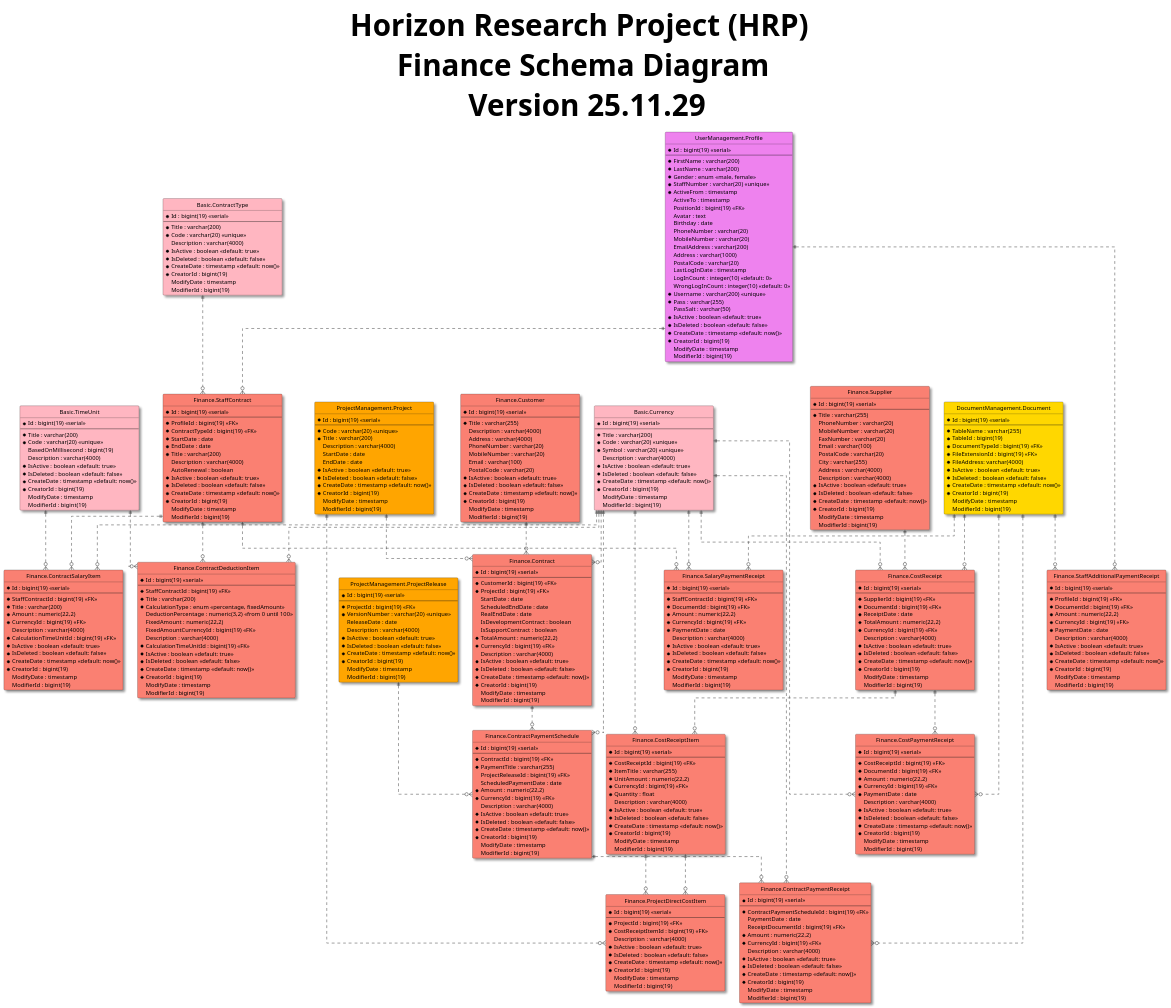
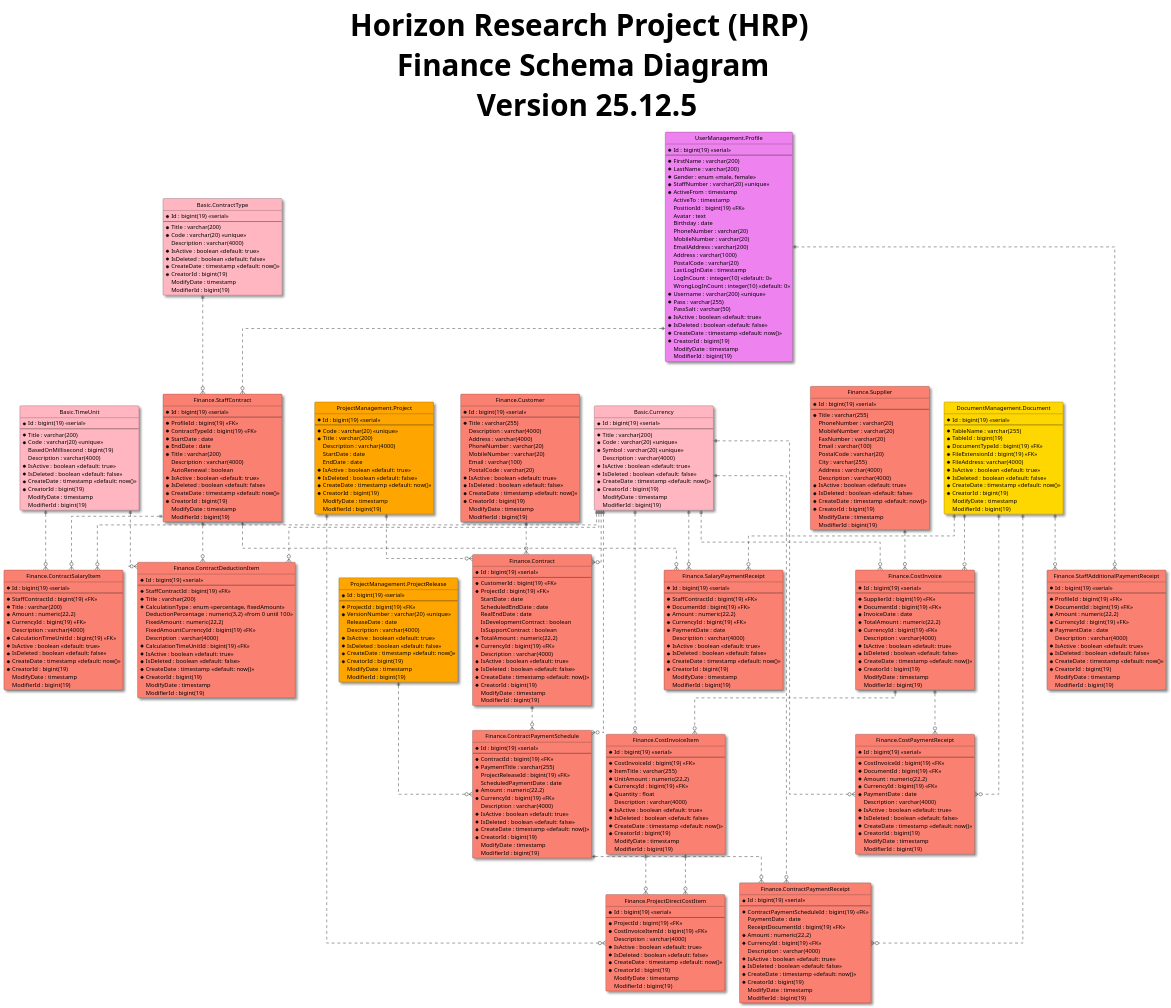
The diagram in 3-HorizonModeling/3.1-HorizonUml/ERD/Schemas/FinanceSchemaDiagram.puml (shadowfox1984/Horizon), drawn with PlantUML before and after one commit. The commit also changed 17 other files, not shown here.

```diff
--- a/3-HorizonModeling/3.1-HorizonUml/ERD/Schemas/FinanceSchemaDiagram.puml
+++ b/3-HorizonModeling/3.1-HorizonUml/ERD/Schemas/FinanceSchemaDiagram.puml
@@ -5,7 +5,7 @@
 skinparam Shadowing True
 skinparam TitleFontSize 72pt
 
-title Horizon Research Project (HRP) \n Finance Schema Diagram \n Version 25.11.29
+title Horizon Research Project (HRP) \n Finance Schema Diagram \n Version 25.12.5
 
 entity "Basic.ContractType" as contractType #LightPink{
   *Id : bigint(19) <<serial>>
@@ -203,12 +203,12 @@
   ModifierId : bigint(19)
 }
 
-entity "Finance.CostReceipt" as costReceipt #Salmon{
+entity "Finance.CostInvoice" as costInvoice #Salmon{
   *Id : bigint(19) <<serial>>
   --
   *SupplierId : bigint(19) <<FK>>
   *DocumentId : bigint(19) <<FK>>
-  *ReceiptDate : date
+  *InvoiceDate : date
   *TotalAmount : numeric(22,2)
   *CurrencyId : bigint(19) <<FK>>
   Description : varchar(4000)
@@ -220,10 +220,10 @@
   ModifierId : bigint(19)
 }
 
-entity "Finance.CostReceiptItem" as costReceiptItem #Salmon{
+entity "Finance.CostInvoiceItem" as costInvoiceItem #Salmon{
   *Id : bigint(19) <<serial>>
   --
-  *CostReceiptId : bigint(19) <<FK>>
+  *CostInvoiceId : bigint(19) <<FK>>
   *ItemTitle : varchar(255)
   *UnitAmount : numeric(22,2)
   *CurrencyId : bigint(19) <<FK>>
@@ -241,7 +241,7 @@
   *Id : bigint(19) <<serial>>
   --
   *ProjectId : bigint(19) <<FK>>
-  *CostReceiptItemId : bigint(19) <<FK>>
+  *CostInvoiceItemId : bigint(19) <<FK>>
   Description : varchar(4000)
   *IsActive : boolean <<default: true>>
   *IsDeleted : boolean <<default: false>>
@@ -254,7 +254,7 @@
 entity "Finance.CostPaymentReceipt" as costPaymentReceipt #Salmon{
   *Id : bigint(19) <<serial>>
   --
-  *CostReceiptId : bigint(19) <<FK>>
+  *CostInvoiceId : bigint(19) <<FK>>
   *DocumentId : bigint(19) <<FK>>
   *Amount : numeric(22,2)
   *CurrencyId : bigint(19) <<FK>>
@@ -383,15 +383,15 @@
 staffContract ||..o{ contractSalaryItem
 timeUnit ||..o{ contractSalaryItem
 currency ||..o{ contractSalaryItem
-supplier ||..o{ costReceipt
-document ||..o{ costReceipt
-currency ||..o{ costReceipt
-costReceipt ||..o{ costReceiptItem
-currency ||..o{ costReceiptItem
-costReceiptItem ||..o{ projectDirectCostItem
+supplier ||..o{ costInvoice
+document ||..o{ costInvoice
+currency ||..o{ costInvoice
+costInvoice ||..o{ costInvoiceItem
+currency ||..o{ costInvoiceItem
+costInvoiceItem ||..o{ projectDirectCostItem
 project ||..o{ projectDirectCostItem
-costReceiptItem ||..o{ projectDirectCostItem
-costReceipt ||..o{ costPaymentReceipt
+costInvoiceItem ||..o{ projectDirectCostItem
+costInvoice ||..o{ costPaymentReceipt
 document ||..o{ costPaymentReceipt
 currency ||..o{ costPaymentReceipt
 staffContract ||..o{ contractDeductionItem
```
